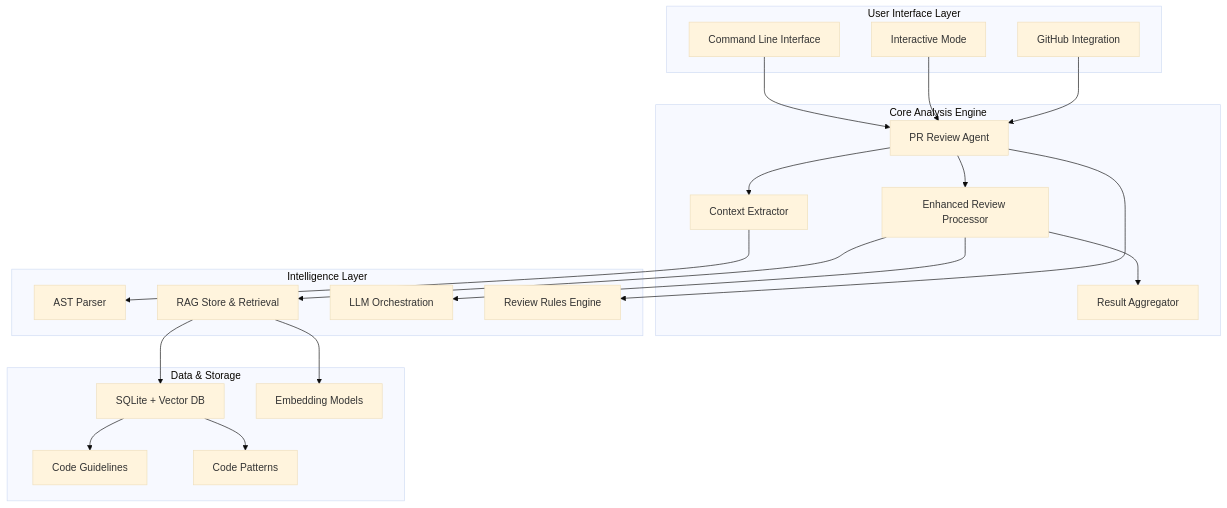
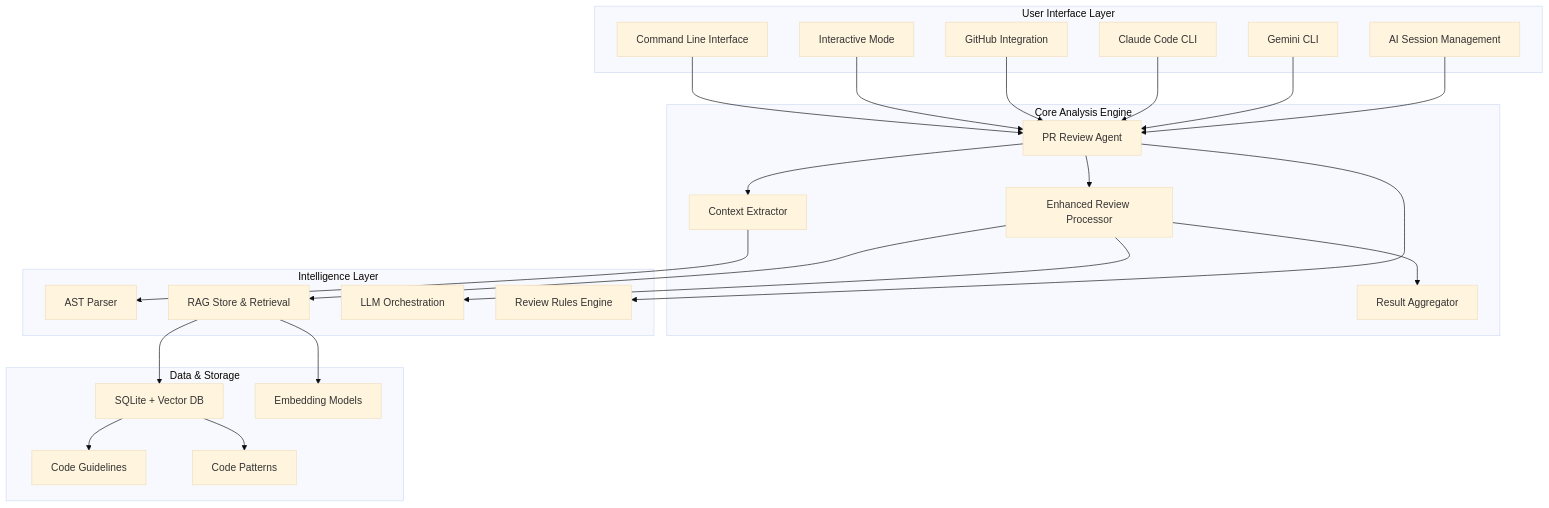
One commit to XiaoConstantine/maestro changed the diagram in README.md. Above: the diagram before and after it, drawn with Mermaid (base theme). The commit also changed other lines of this file, not shown here.

````diff
--- a/README.md
+++ b/README.md
@@ -8,47 +8,53 @@
 ```mermaid
 graph TB
     subgraph "User Interface Layer"
         CLI[Command Line Interface]
         Interactive[Interactive Mode] 
         GitHub[GitHub Integration]
+        ClaudeCLI[Claude Code CLI]
+        GeminiCLI[Gemini CLI]
+        Sessions[AI Session Management]
     end
 
     subgraph "Core Analysis Engine"
         Agent[PR Review Agent]
         Context[Context Extractor]
         Processor[Enhanced Review Processor]
         Aggregator[Result Aggregator]
     end
 
     subgraph "Intelligence Layer"
         AST[AST Parser]
         RAG[RAG Store & Retrieval]
         LLM[LLM Orchestration]
         Rules[Review Rules Engine]
     end
 
     subgraph "Data & Storage"
         Vector[SQLite + Vector DB]
         Embedding[Embedding Models]
         Guidelines[Code Guidelines]
         Patterns[Code Patterns]
     end
 
     CLI --> Agent
     Interactive --> Agent
     GitHub --> Agent
+    ClaudeCLI --> Agent
+    GeminiCLI --> Agent
+    Sessions --> Agent
     
     Agent --> Context
     Agent --> Processor
     Processor --> Aggregator
     
     Context --> AST
     Processor --> RAG
     Processor --> LLM
     Agent --> Rules
     
     RAG --> Vector
     RAG --> Embedding
     Vector --> Guidelines
     Vector --> Patterns
 ```
````
